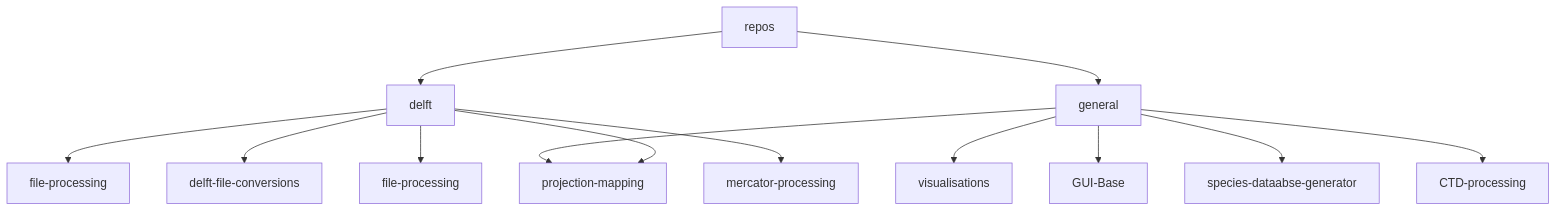
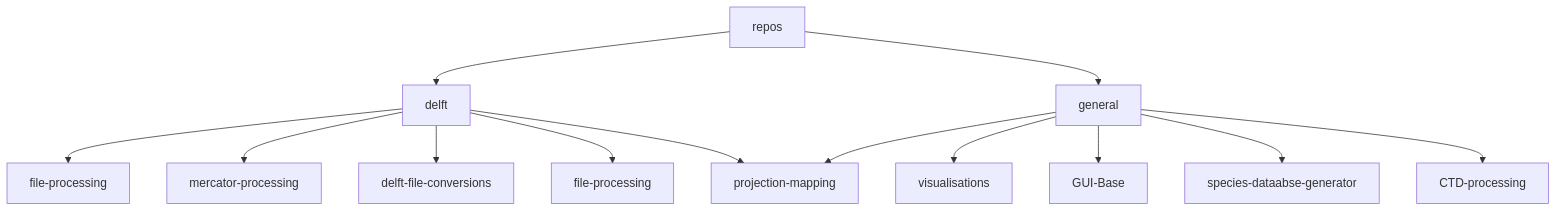
One commit to Anchor-Environmental/.github changed the diagram in profile/README.md. Above: the diagram before and after it, drawn with Mermaid. The commit also changed other lines of this file, not shown here.

````diff
--- a/profile/README.md
+++ b/profile/README.md
@@ -38,16 +38,16 @@
 ```mermaid
 
 graph TD
   A[repos]-->B[delft]
   B[delft]-->C[file-processing]
-  B-->D[projection-mapping]
+  B-->J[mercator-processing]
   B-->E[delft-file-conversions]
   B-->H[file-processing]
-  B-->J[mercator-processing]
+  B-->D[projection-mapping]
   A-->F[general]
   F-->G[visualisations]
   F-->D[projection-mapping]
   F-->I[GUI-Base]
   F-->K[species-dataabse-generator]
   F-->L[CTD-processing]
 ```
````
